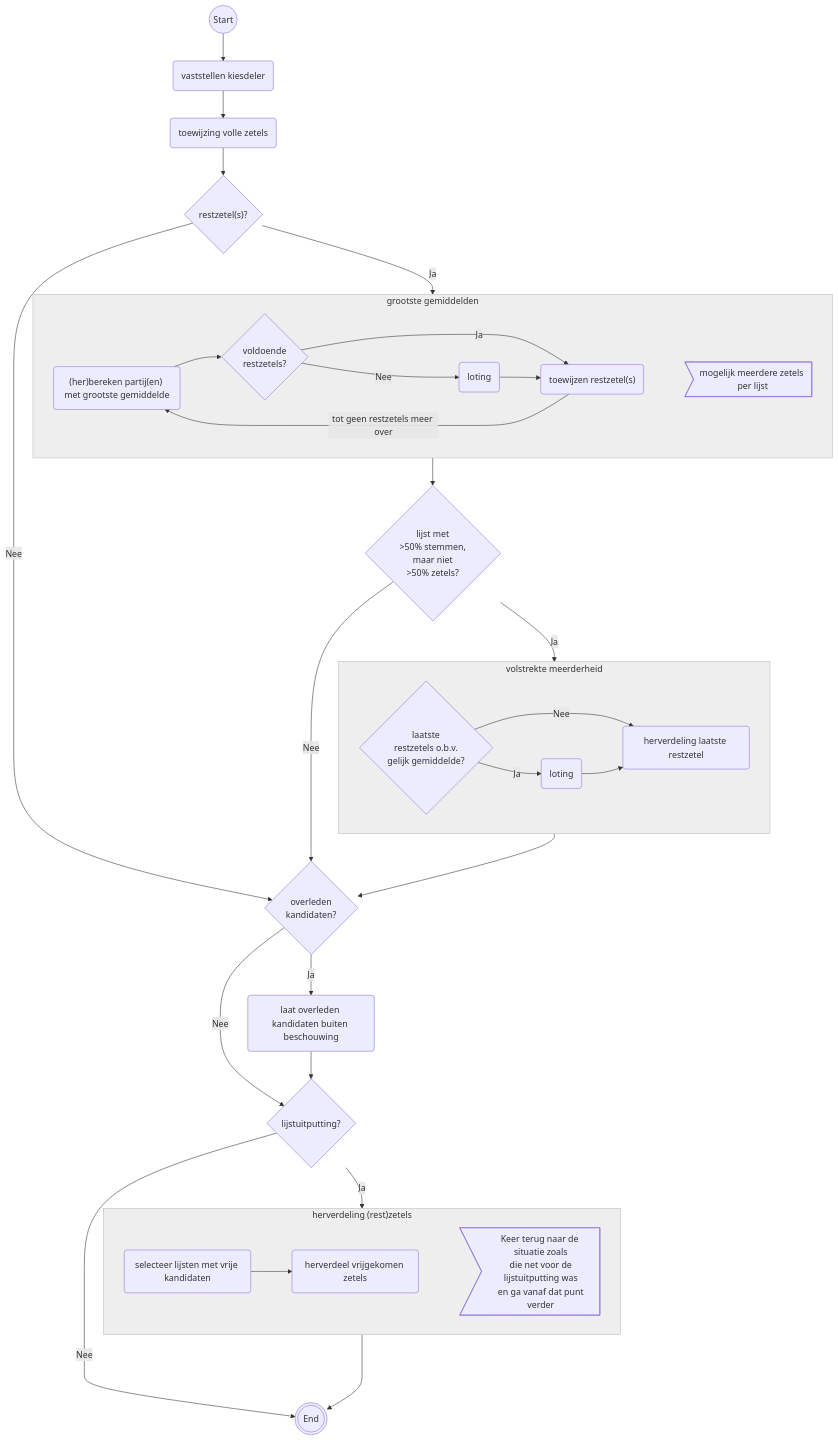
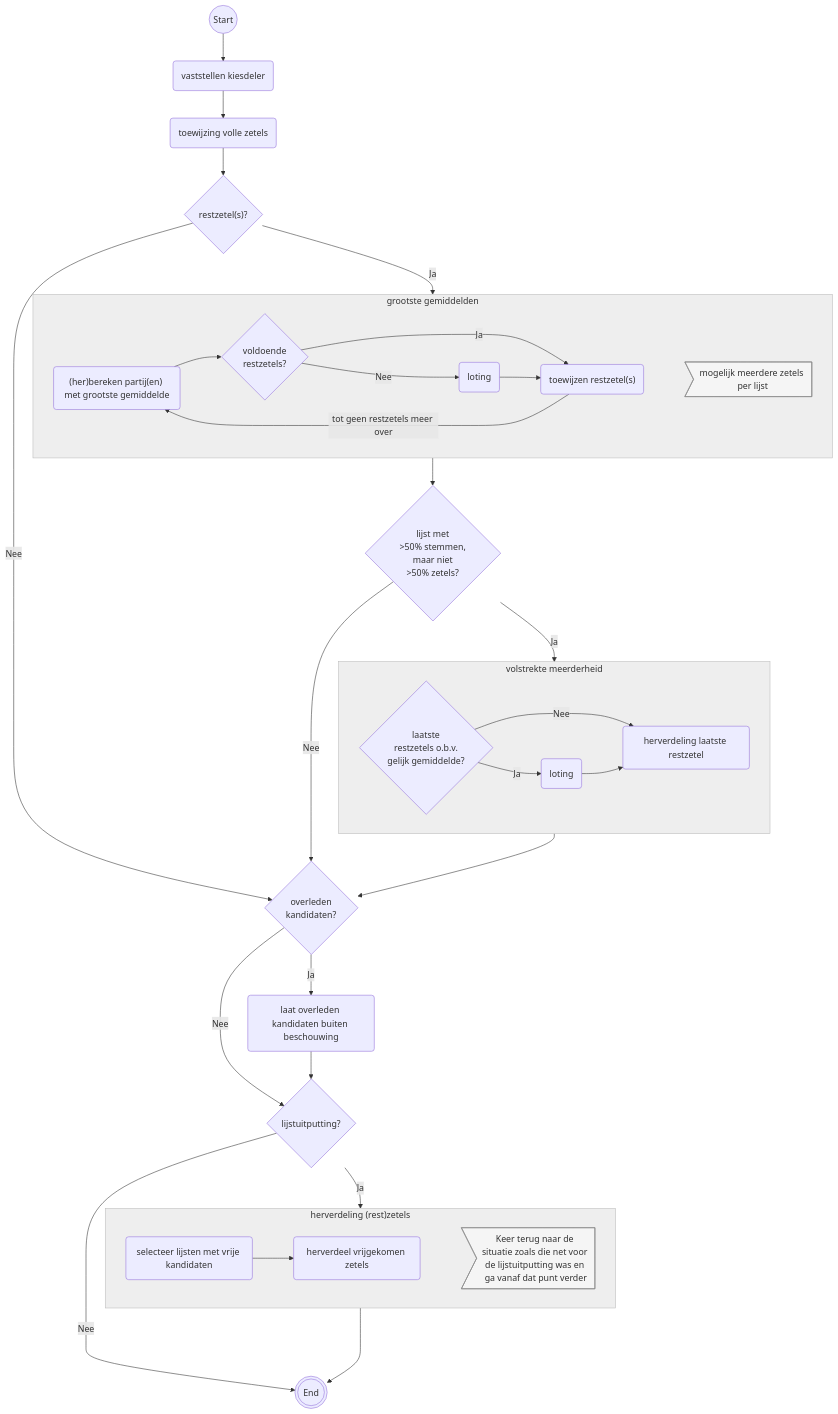
Before and after one commit to kiesraad/abacus-documentatie: the first of 2 diagrams in verkiezingsproces/zetelverdeling-GR-flowchart.md, drawn with Mermaid. The commit also changed other lines of this file, not shown here.

Commit message:
adds styling to flowchart comments

```diff
--- a/verkiezingsproces/zetelverdeling-GR-flowchart.md
+++ b/verkiezingsproces/zetelverdeling-GR-flowchart.md
@@ -9,6 +9,7 @@
 flowchart
     %% styling
     classDef greyFill fill:#eee,stroke:#bbb;
+    classDef comment fill:#f5f5f5,stroke:#888;
 
     %% elements
     flow_start((Start))
@@ -23,6 +24,8 @@
     voldoende_restzetels{voldoende<br/>restzetels?}
     loting_grootste_gemiddelden(loting)
     toewijzen_restzetels("toewijzen restzetel(s)")
+    comment_grootste_gemiddelden>mogelijk meerdere zetels per lijst]
+    class comment_grootste_gemiddelden comment;
 
     meerderheid_aan_stemmen_maar_niet_zetels{lijst met<br/>>50% stemmen,<br/>maar niet<br/>>50% zetels?}
     laatste_restzetels_obv_gelijk_gemiddelde{laatste<br/>restzetels o.b.v.<br/>gelijk gemiddelde?}
@@ -35,6 +38,8 @@
     lijstuitputting{"lijstuitputting?"}
     lijsten_met_vrije_kandidaten("selecteer lijsten met vrije kandidaten")
     herverdeling_vrijgekomen_zetels("herverdeel vrijgekomen zetels")
+    comment_herverdeling>Keer terug naar de situatie zoals die net voor de lijstuitputting was en ga vanaf dat punt verder]
+    class comment_herverdeling comment;
 
     %% flow
     flow_start --> vaststellen_kiesdeler
@@ -52,7 +57,6 @@
         loting_grootste_gemiddelden --> toewijzen_restzetels
         toewijzen_restzetels -->|tot geen restzetels meer over| bereken_partijen_met_grootste_gemiddelde
         toewijzen_restzetels ~~~ comment_grootste_gemiddelden
-        comment_grootste_gemiddelden>mogelijk meerdere zetels per lijst]
     end
     class grootste_gemiddelden greyFill;
 
@@ -80,8 +84,7 @@
     subgraph herverdeling_restzetels["herverdeling (rest)zetels"]
         direction LR
         lijsten_met_vrije_kandidaten --> herverdeling_vrijgekomen_zetels
-        herverdeling>Keer terug naar de situatie zoals\n die net voor de lijstuitputting was\n en ga vanaf dat punt verder]
-        herverdeling_vrijgekomen_zetels ~~~ herverdeling
+        herverdeling_vrijgekomen_zetels ~~~ comment_herverdeling
     end
     class herverdeling_restzetels greyFill;
 
```
